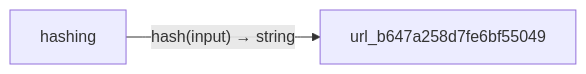
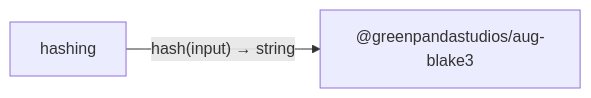
The second of 2 diagrams in docs/examples/native-blake3/diagrams/index.md (GreenPandaStudios/augscript), drawn with Mermaid before and after one commit. The commit also changed other lines of this file and 133 other files, not shown here.

````diff
--- a/docs/examples/native-blake3/diagrams/index.md
+++ b/docs/examples/native-blake3/diagrams/index.md
@@ -30,6 +30,6 @@
 ```mermaid
 flowchart LR
     n0["hashing"]
-    n1["url_b647a258d7fe6bf55049"]
+    n1["@greenpandastudios/aug-blake3"]
     n0 -->|"hash(input) → string"| n1
 ```
````
